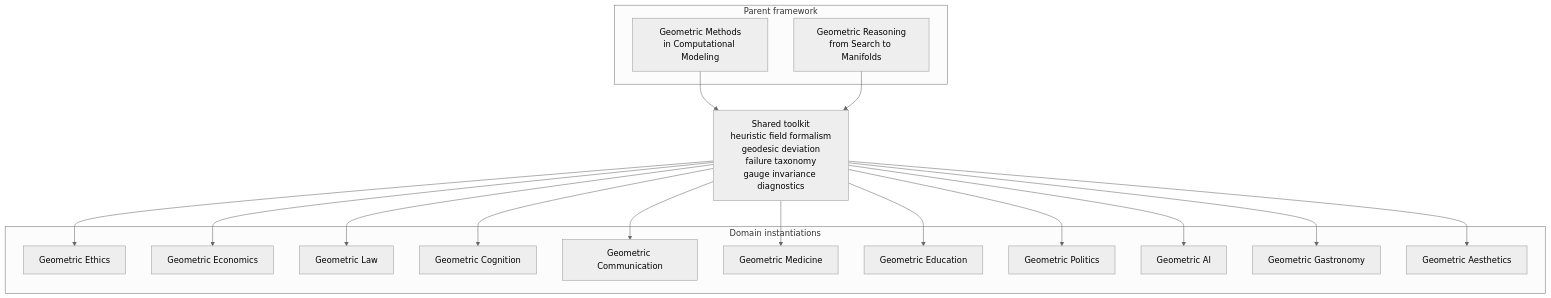
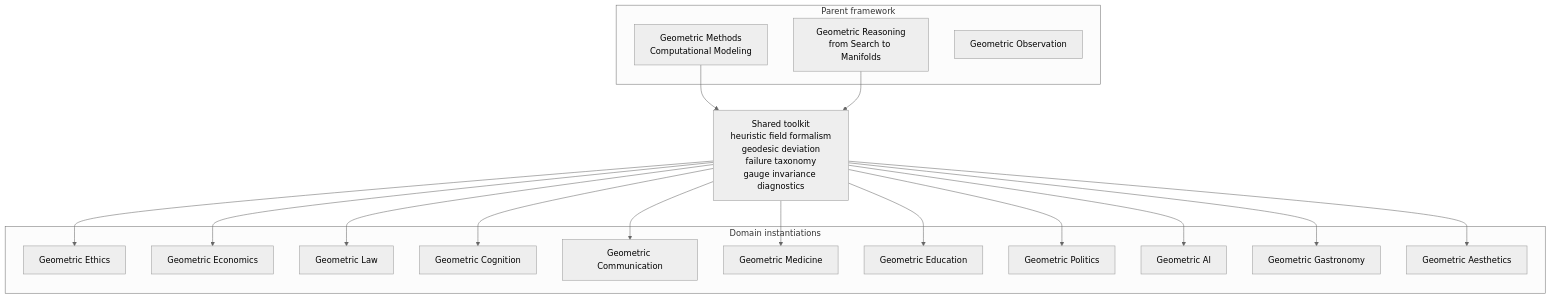
The diagram in README.md (ahb-sjsu/geometric-reasoning), drawn with Mermaid (neutral theme) before and after one commit. The commit also changed other lines of this file and 18 other files, not shown here.

````diff
--- a/README.md
+++ b/README.md
@@ -37,37 +37,38 @@
 ```mermaid
 flowchart TB
     subgraph ROOT[Parent framework]
-      METH[Geometric Methods<br/>in Computational Modeling]
+      METH[Geometric Methods<br/>Computational Modeling]
       REAS[Geometric Reasoning<br/>from Search to Manifolds]
+      OBS[Geometric Observation]
     end
 
     subgraph DOMAIN[Domain instantiations]
       ETH[Geometric Ethics]
       ECO[Geometric Economics]
       LAW[Geometric Law]
       COG[Geometric Cognition]
       COM[Geometric Communication]
       MED[Geometric Medicine]
       EDU[Geometric Education]
       POL[Geometric Politics]
       AI[Geometric AI]
       GAS[Geometric Gastronomy]
       AES[Geometric Aesthetics]
     end
 
     COMMON[Shared toolkit<br/>heuristic field formalism<br/>geodesic deviation<br/>failure taxonomy<br/>gauge invariance diagnostics]
 
     METH --> COMMON
     REAS --> COMMON
     COMMON --> ETH
     COMMON --> ECO
     COMMON --> LAW
     COMMON --> COG
     COMMON --> COM
     COMMON --> MED
     COMMON --> EDU
     COMMON --> POL
     COMMON --> AI
     COMMON --> GAS
     COMMON --> AES
 ```
````
